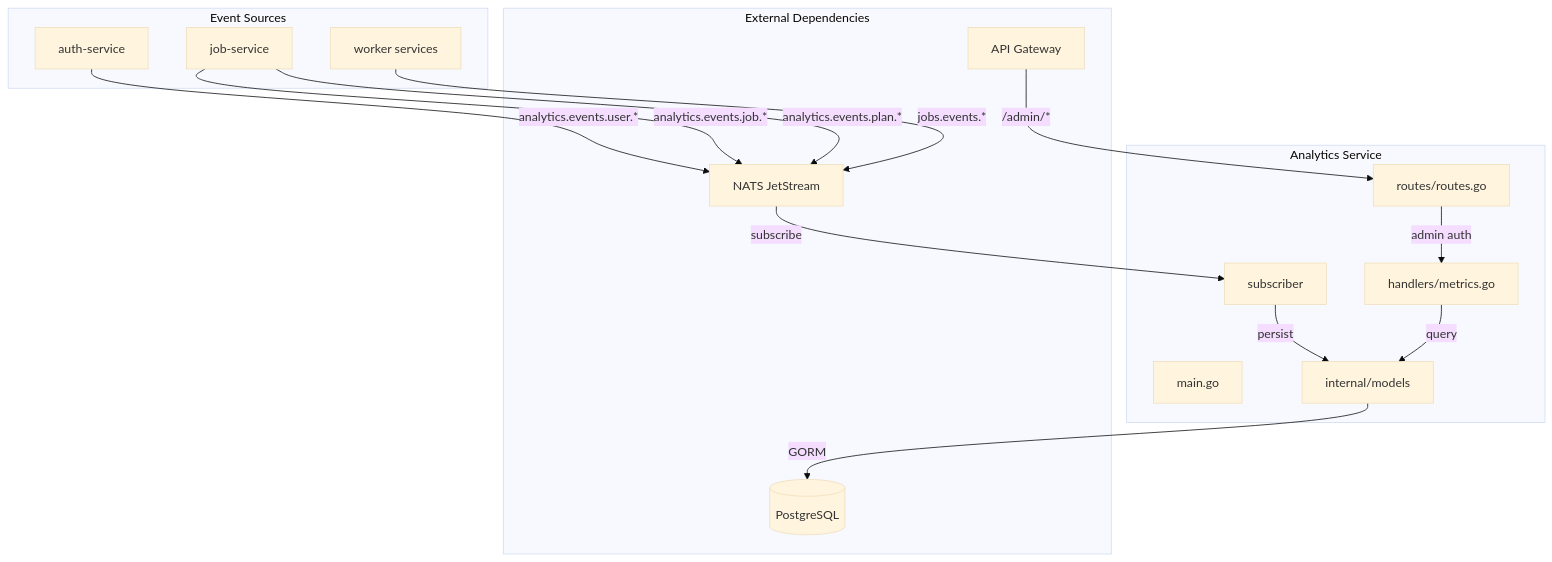
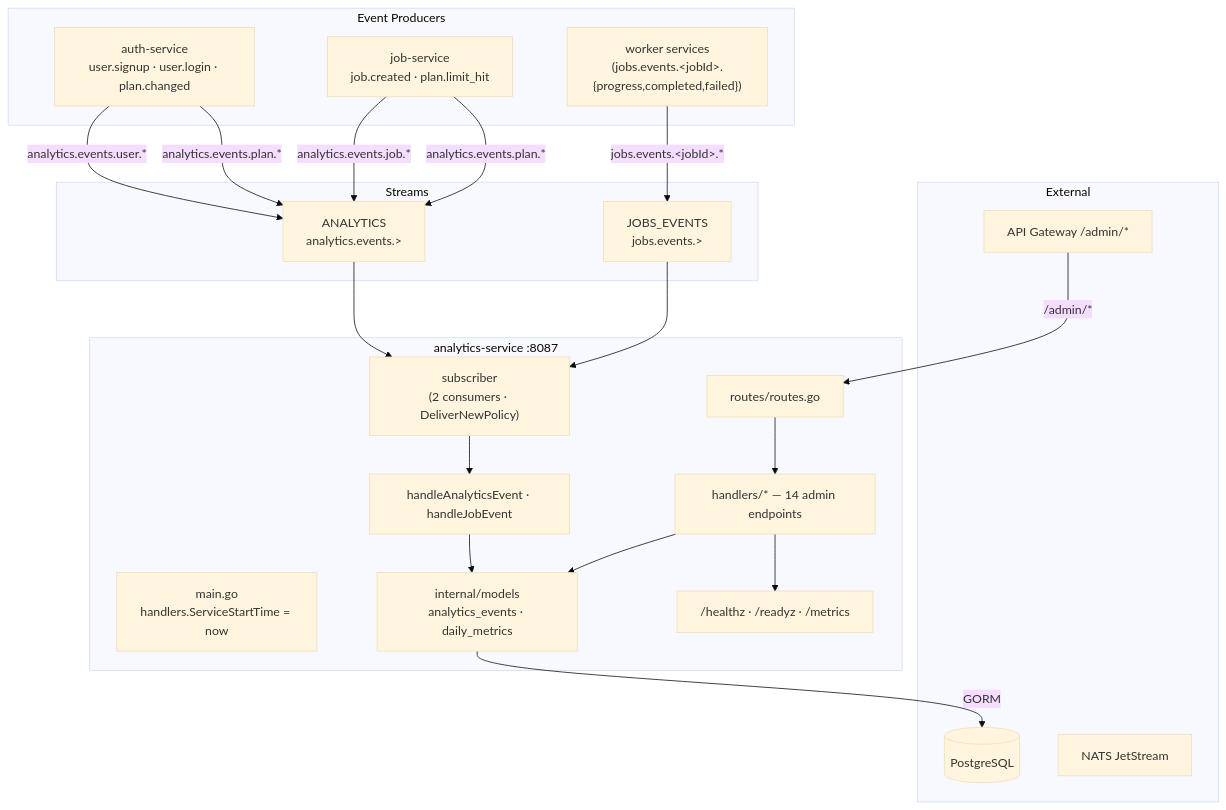
The first of 4 diagrams in docs/developer/mermaid/service-analytics-service-architecture.md (Prachidubey2003/fyredocs_backend), drawn with Mermaid (base theme) before and after one commit. The commit also changed other lines of this file and 39 other files, not shown here.

Commit message:
Refactor PDF services to use NATS JetStream for job dispatch and event publishing; enhance documentation for OPTIMIZE_PDF and ORGANIZE_PDF services; remove deprecated UPLOAD_SERVICE documentation; update OpenAPI spec for improved clarity and accuracy.

````diff
--- a/docs/developer/mermaid/service-analytics-service-architecture.md
+++ b/docs/developer/mermaid/service-analytics-service-architecture.md
@@ -3,35 +3,45 @@
 ```mermaid
 graph TB
-    subgraph "Analytics Service"
-        MAIN[main.go]
-        SUB[subscriber]
-        HANDLERS[handlers/metrics.go]
-        ROUTES[routes/routes.go]
-        MODELS[internal/models]
+    subgraph "analytics-service :8087"
+        MAIN["main.go<br/>handlers.ServiceStartTime = now"]
+        SUB["subscriber<br/>(2 consumers · DeliverNewPolicy)"]
+        DISPATCHER["handleAnalyticsEvent · handleJobEvent"]
+        HANDLERS["handlers/* — 14 admin endpoints"]
+        ROUTES["routes/routes.go"]
+        MODELS["internal/models<br/>analytics_events · daily_metrics"]
+        STARTPROBE["/healthz · /readyz · /metrics"]
     end
 
-    subgraph "External Dependencies"
+    subgraph "External"
         PG[(PostgreSQL)]
-        NATS[NATS JetStream]
-        GW[API Gateway]
+        NATS["NATS JetStream"]
+        GW["API Gateway /admin/*"]
     end
 
-    subgraph "Event Sources"
-        AUTH[auth-service]
-        JOB[job-service]
-        WORKERS[worker services]
+    subgraph "Streams"
+        AN["ANALYTICS<br/>analytics.events.>"]
+        JE["JOBS_EVENTS<br/>jobs.events.>"]
     end
 
-    AUTH -->|analytics.events.user.*| NATS
-    JOB -->|analytics.events.job.*| NATS
-    JOB -->|analytics.events.plan.*| NATS
-    WORKERS -->|jobs.events.*| NATS
+    subgraph "Event Producers"
+        AUTH["auth-service<br/>user.signup · user.login · plan.changed"]
+        JOB["job-service<br/>job.created · plan.limit_hit"]
+        WORKERS["worker services<br/>(jobs.events.&lt;jobId&gt;.{progress,completed,failed})"]
+    end
 
-    NATS -->|subscribe| SUB
-    SUB -->|persist| MODELS
+    AUTH -->|analytics.events.user.*| AN
+    AUTH -->|analytics.events.plan.*| AN
+    JOB  -->|analytics.events.job.*| AN
+    JOB  -->|analytics.events.plan.*| AN
+    WORKERS -->|jobs.events.&lt;jobId&gt;.*| JE
+
+    AN --> SUB
+    JE --> SUB
+    SUB --> DISPATCHER --> MODELS
     MODELS -->|GORM| PG
 
     GW -->|/admin/*| ROUTES
-    ROUTES -->|admin auth| HANDLERS
-    HANDLERS -->|query| MODELS
+    ROUTES --> HANDLERS
+    HANDLERS --> MODELS
+    HANDLERS --> STARTPROBE
 ```
````
